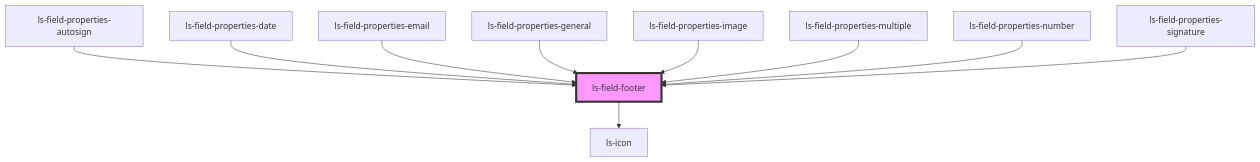
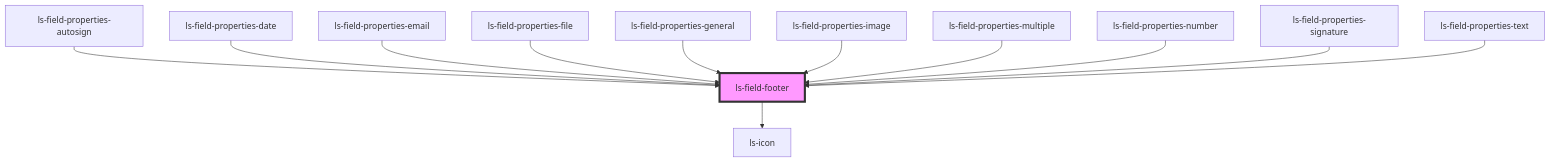
The diagram in src/components/ls-field-footer/readme.md (legalesign/ls-document-viewer), drawn with Mermaid before and after one commit. The commit also changed other lines of this file and 16 other files, not shown here.

````diff
--- a/src/components/ls-field-footer/readme.md
+++ b/src/components/ls-field-footer/readme.md
@@ -41,13 +43,15 @@
 ```mermaid
 graph TD;
   ls-field-footer --> ls-icon
   ls-field-properties-autosign --> ls-field-footer
   ls-field-properties-date --> ls-field-footer
   ls-field-properties-email --> ls-field-footer
+  ls-field-properties-file --> ls-field-footer
   ls-field-properties-general --> ls-field-footer
   ls-field-properties-image --> ls-field-footer
   ls-field-properties-multiple --> ls-field-footer
   ls-field-properties-number --> ls-field-footer
   ls-field-properties-signature --> ls-field-footer
+  ls-field-properties-text --> ls-field-footer
   style ls-field-footer fill:#f9f,stroke:#333,stroke-width:4px
 ```
````
